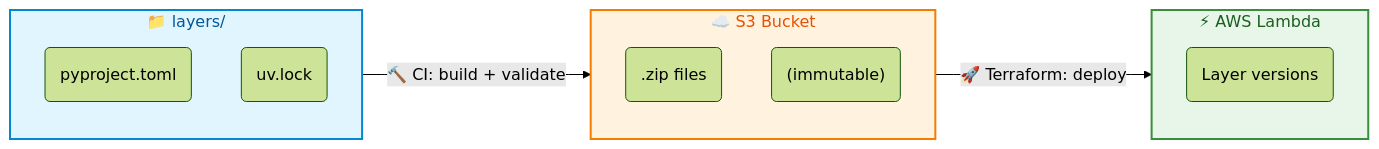
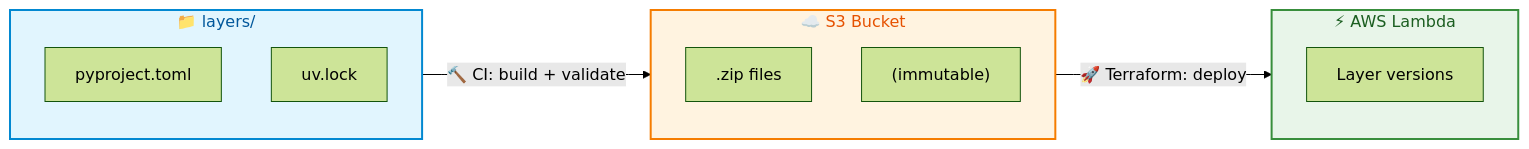
The first of 3 diagrams in README.md (luk-kop/aws-lambda-layers), drawn with Mermaid (forest theme) before and after one commit. The commit also changed other lines of this file and 8 other files, not shown here.

````diff
--- a/README.md
+++ b/README.md
@@ -7,26 +13,26 @@
 ```mermaid
 flowchart LR
     subgraph Source["📁 layers/"]
         direction TB
-        S1(pyproject.toml)
-        S2(uv.lock)
+        S1[pyproject.toml]
+        S2[uv.lock]
     end
 
     subgraph Artifacts["☁️ S3 Bucket"]
         direction TB
-        A1(".zip files")
-        A2("(immutable)")
+        A1[".zip files"]
+        A2["(immutable)"]
     end
 
     subgraph Deployed["⚡ AWS Lambda"]
         direction TB
-        D1("Layer versions")
+        D1["Layer versions"]
     end
 
     Source -->|"🔨 CI: build + validate"| Artifacts
     Artifacts -->|"🚀 Terraform: deploy"| Deployed
 
     style Source fill:#e1f5fe,stroke:#0288d1,stroke-width:2px,color:#01579b
     style Artifacts fill:#fff3e0,stroke:#f57c00,stroke-width:2px,color:#e65100
     style Deployed fill:#e8f5e9,stroke:#388e3c,stroke-width:2px,color:#1b5e20
 ```
````
